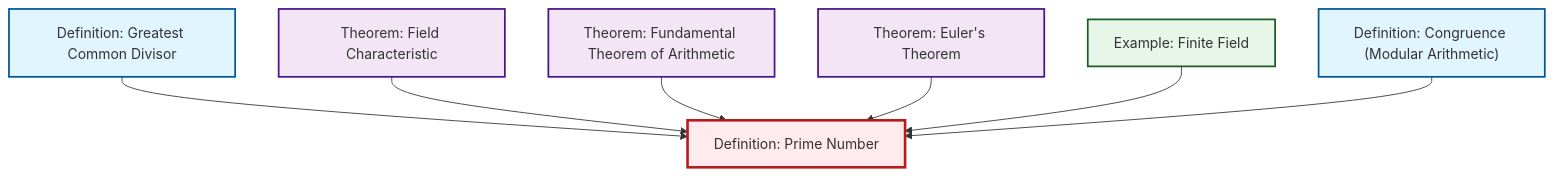
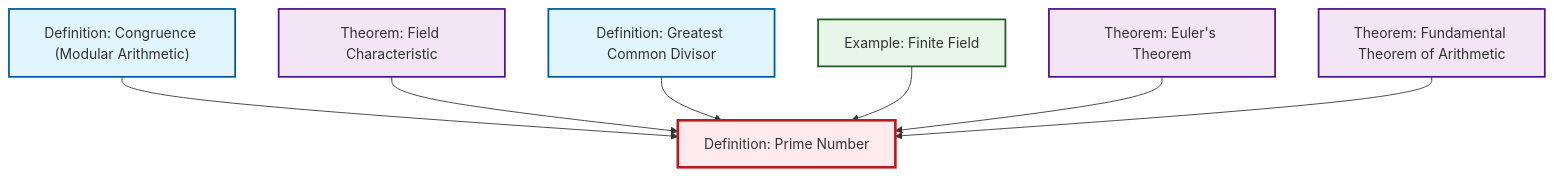
The diagram in output/mermaid/def-prime.mermaid (RK0429/ModernMath), drawn with Mermaid before and after one commit. The commit also changed other lines of this file and 474 other files, not shown here.

```diff
--- a/output/mermaid/def-prime.mermaid
+++ b/output/mermaid/def-prime.mermaid
@@ -1,21 +1,21 @@
 %%| fig-cap: "Local dependency graph"
 graph TD
     classDef definition fill:#e1f5fe,stroke:#01579b,stroke-width:2px
     classDef theorem fill:#f3e5f5,stroke:#4a148c,stroke-width:2px
     classDef axiom fill:#fff3e0,stroke:#e65100,stroke-width:2px
     classDef example fill:#e8f5e9,stroke:#1b5e20,stroke-width:2px
     classDef current fill:#ffebee,stroke:#b71c1c,stroke-width:3px
-    ex-finite-field["Example: Finite Field"]:::example
+    thm-euler["Theorem: Euler's Theorem"]:::theorem
     def-prime["Definition: Prime Number"]:::definition
     def-gcd["Definition: Greatest Common Divisor"]:::definition
+    def-congruence["Definition: Congruence (Modular Arithmetic)"]:::definition
+    ex-finite-field["Example: Finite Field"]:::example
+    thm-field-characteristic["Theorem: Field Characteristic"]:::theorem
     thm-fundamental-arithmetic["Theorem: Fundamental Theorem of Arithmetic"]:::theorem
-    thm-field-characteristic["Theorem: Field Characteristic"]:::theorem
-    thm-euler["Theorem: Euler's Theorem"]:::theorem
-    def-congruence["Definition: Congruence (Modular Arithmetic)"]:::definition
+    def-congruence --> def-prime
+    thm-field-characteristic --> def-prime
     def-gcd --> def-prime
-    thm-field-characteristic --> def-prime
+    ex-finite-field --> def-prime
+    thm-euler --> def-prime
     thm-fundamental-arithmetic --> def-prime
-    thm-euler --> def-prime
-    ex-finite-field --> def-prime
-    def-congruence --> def-prime
     class def-prime current
```
